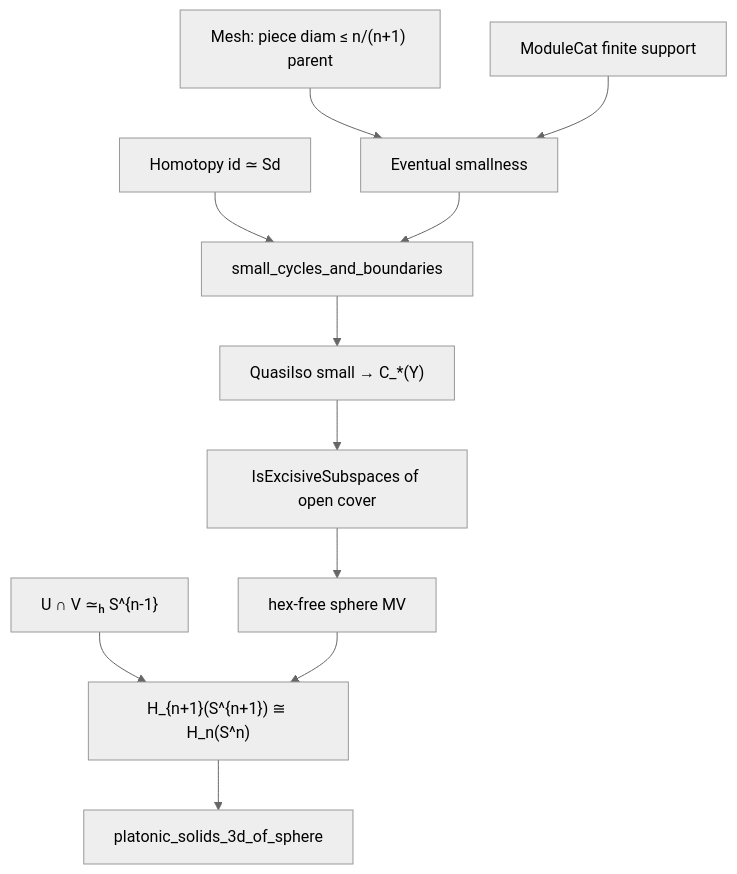
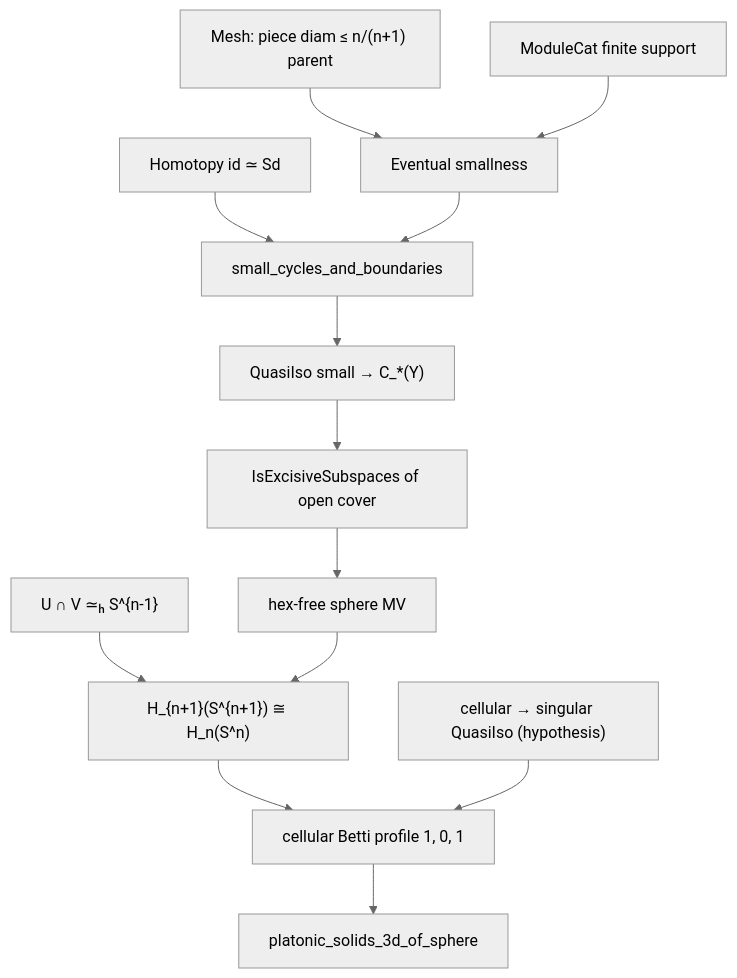
Before and after one commit to catskillsresearch/platonic-solids: the diagram in figures/excision-pipeline.mmd, drawn with Mermaid. The commit also changed 16 other files, not shown here.

Commit message:
Document the cellular-to-singular homology bridge.

```diff
--- a/figures/excision-pipeline.mmd
+++ b/figures/excision-pipeline.mmd
@@ -1,23 +1,27 @@
 %%{init: {"theme": "neutral", "flowchart": {"htmlLabels": false, "curve": "basis"}}}%%
 flowchart TD
   Mesh["Mesh: piece diam ≤ n/(n+1) parent"]
   Hom["Homotopy id ≃ Sd"]
   Supp["ModuleCat finite support"]
   Ev["Eventual smallness"]
   Ret["small_cycles_and_boundaries"]
   QI["QuasiIso small → C_*(Y)"]
   Exc["IsExcisiveSubspaces of open cover"]
   Top["U ∩ V ≃ₕ S^{n-1}"]
   Drop["hex-free sphere MV"]
   Hn["H_{n+1}(S^{n+1}) ≅ H_n(S^n)"]
+  Comp["cellular → singular QuasiIso (hypothesis)"]
+  Betti["cellular Betti profile 1, 0, 1"]
   Euler["platonic_solids_3d_of_sphere"]
   Mesh --> Ev
   Supp --> Ev
   Hom --> Ret
   Ev --> Ret
   Ret --> QI
   QI --> Exc
   Exc --> Drop
   Top --> Hn
   Drop --> Hn
-  Hn --> Euler
+  Hn --> Betti
+  Comp --> Betti
+  Betti --> Euler
```
